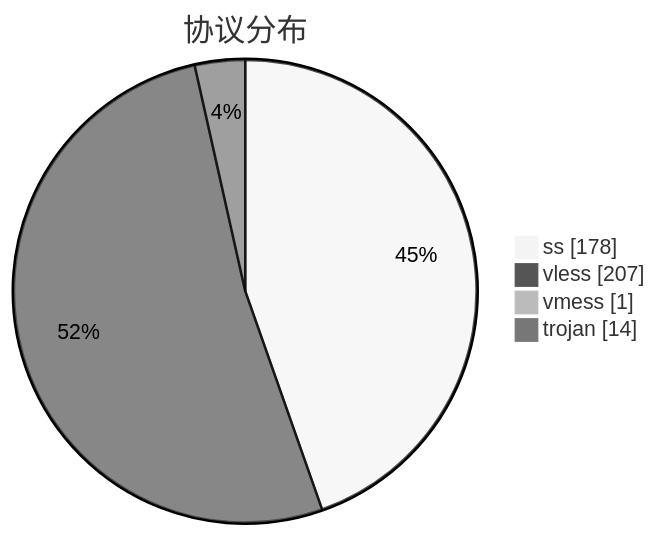
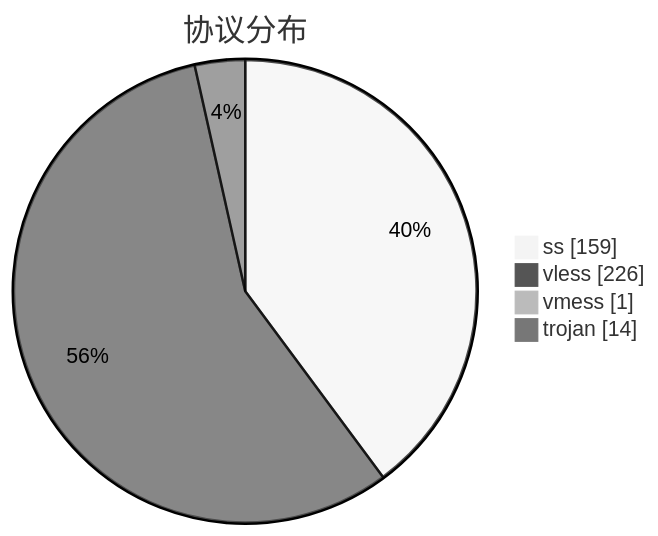
One commit to qjlxg/airport changed the third of 3 diagrams in subs/statistics/tested_within.md. Above: the diagram before and after it, drawn with Mermaid (neutral theme). The commit also changed other lines of this file and 2 other files, not shown here.

````diff
--- a/subs/statistics/tested_within.md
+++ b/subs/statistics/tested_within.md
@@ -37,8 +37,8 @@
 ```mermaid
 pie showData
 title 协议分布
-"ss" : 178
-"vless" : 207
+"ss" : 159
+"vless" : 226
 "vmess" : 1
 "trojan" : 14
 ```
````
